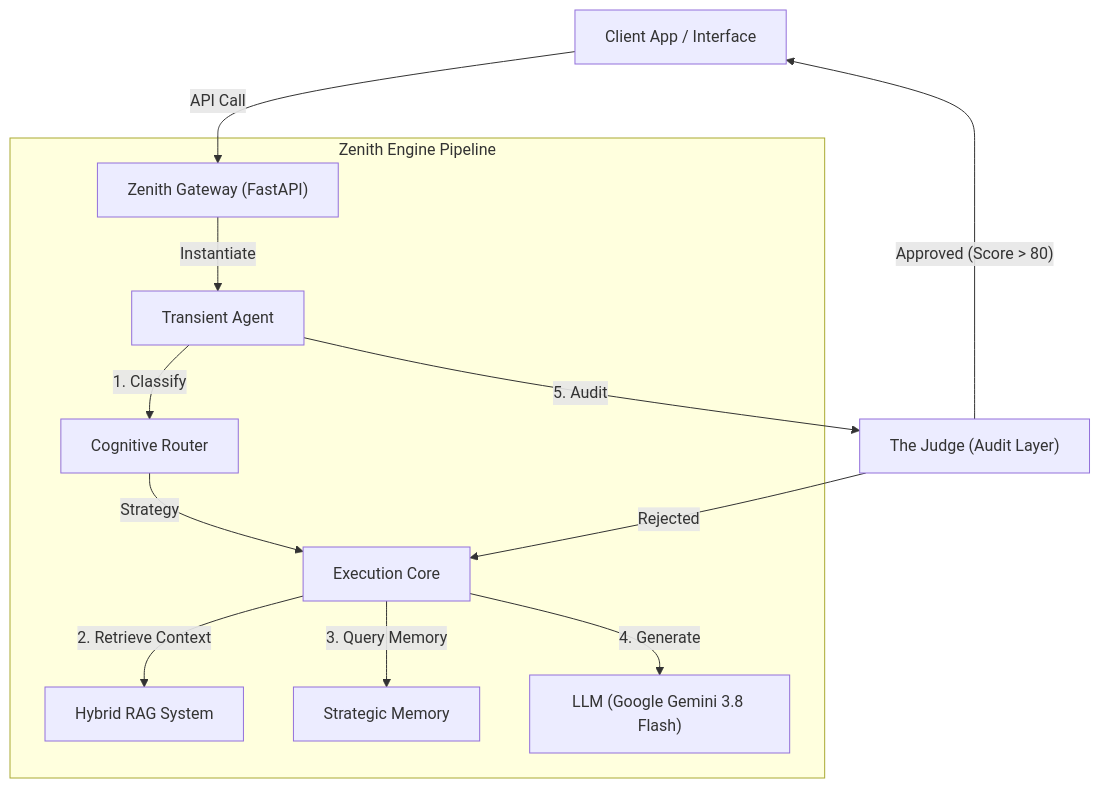
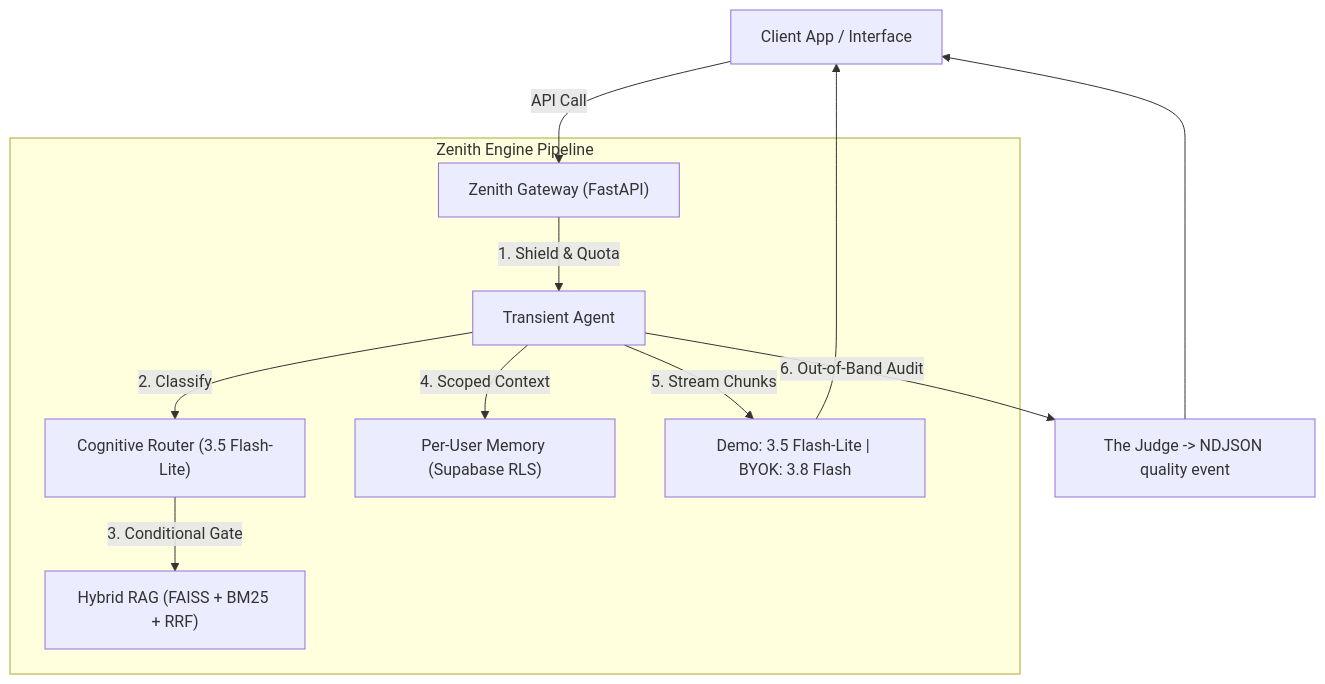
One commit to stuartfsi05/Zenith-Prompt-Architect-Engine changed the diagram in README.md. Above: the diagram before and after it, drawn with Mermaid. The commit also changed other lines of this file and 35 other files, not shown here.

Commit message:
feat: modernize Zenith with hybrid demo/BYOK mode, multi-tenant RLS, and full test suite

````diff
--- a/README.md
+++ b/README.md
@@ -29,19 +27,18 @@
 ```mermaid
 graph TD
     Client["Client App / Interface"] -->|API Call| API["Zenith Gateway (FastAPI)"]
-    
+
     subgraph "Zenith Engine Pipeline"
-        API -->|Instantiate| Agent["Transient Agent"]
-        Agent -->|1. Classify| Router["Cognitive Router"]
-        
-        Router -->|Strategy| Executor["Execution Core"]
-        Executor -->|2. Retrieve Context| HybridRAG["Hybrid RAG System"]
-        Executor -->|3. Query Memory| Profiler["Strategic Memory"]
-        
-        Executor -->|4. Generate| LLM["LLM (Google Gemini 3.8 Flash)"]
+        API -->|1. Shield & Quota| Agent["Transient Agent"]
+        Agent -->|2. Classify| Router["Cognitive Router (3.5 Flash-Lite)"]
+
+        Router -->|3. Conditional Gate| HybridRAG["Hybrid RAG (FAISS + BM25 + RRF)"]
+        Agent -->|4. Scoped Context| Profiler["Per-User Memory (Supabase RLS)"]
+
+        Agent -->|5. Stream Chunks| LLM["Demo: 3.5 Flash-Lite | BYOK: 3.8 Flash"]
     end
-    
-    Agent -->|5. Audit| Judge["The Judge (Audit Layer)"]
-    Judge -- Approved (Score > 80) --> Client
-    Judge -- Rejected --> Executor
+
+    Agent -->|6. Out-of-Band Audit| Judge["The Judge -> NDJSON quality event"]
+    LLM --> Client
+    Judge --> Client
 ```
````
